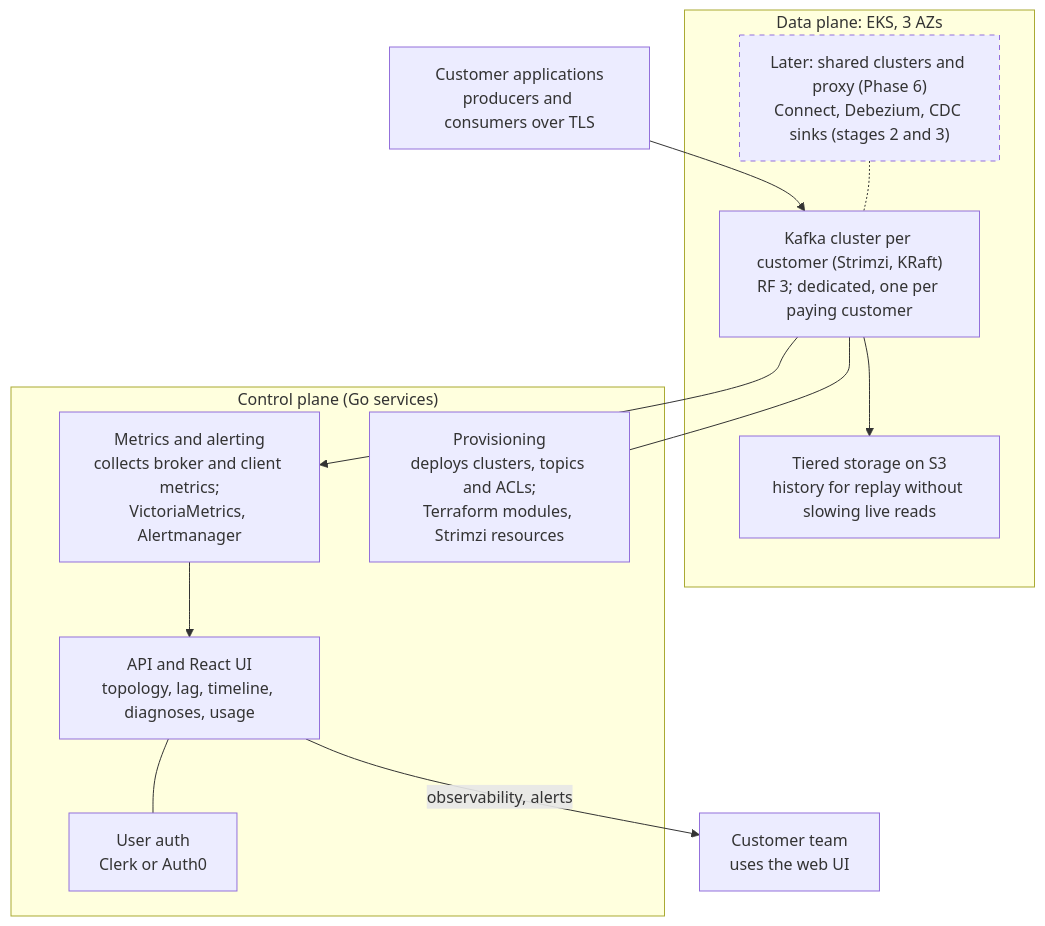
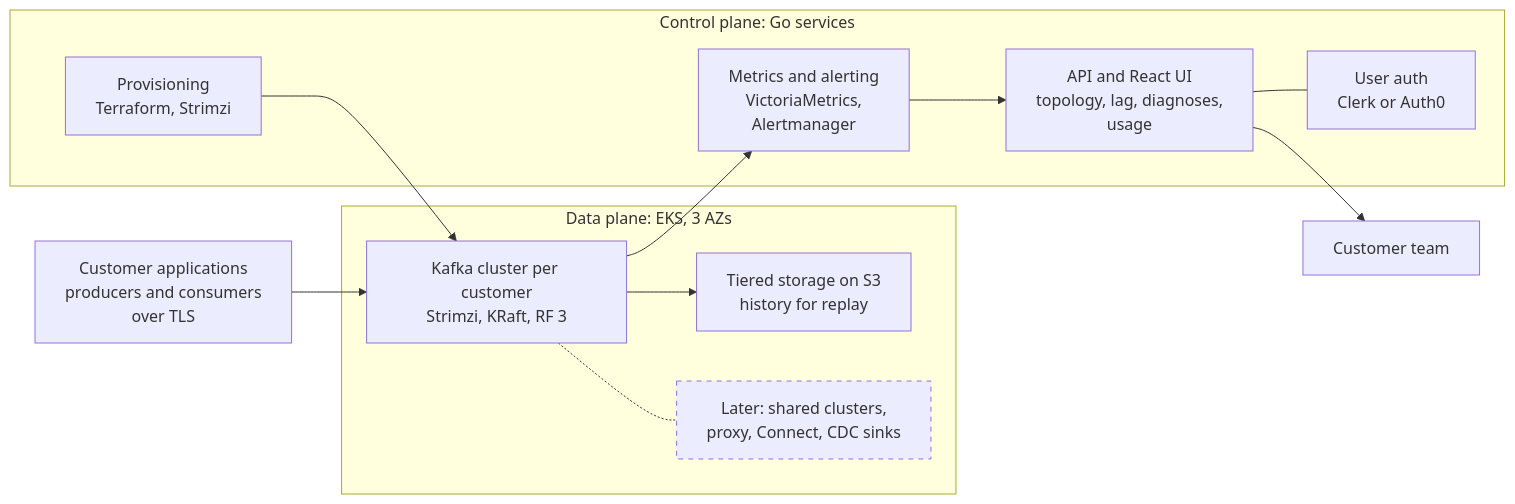
Before and after one commit to ReneP92/changeport: the first of 2 diagrams in docs/PROJECT_PLAN.md, drawn with Mermaid.

Commit message:
Lay out the architecture diagram left to right so edges avoid subgraph titles

````diff
--- a/docs/PROJECT_PLAN.md
+++ b/docs/PROJECT_PLAN.md
@@ -37,30 +37,30 @@
 ```mermaid
-flowchart TB
-  apps["Customer applications<br/>producers and consumers over TLS"]
+flowchart LR
+  apps["Customer applications<br/>producers and consumers<br/>over TLS"]
 
   subgraph DP["Data plane: EKS, 3 AZs"]
-    future["Later: shared clusters and proxy (Phase 6)<br/>Connect, Debezium, CDC sinks (stages 2 and 3)"]
-    kafka["Kafka cluster per customer (Strimzi, KRaft)<br/>RF 3; dedicated, one per paying customer"]
-    s3["Tiered storage on S3<br/>history for replay without slowing live reads"]
+    kafka["Kafka cluster per customer<br/>Strimzi, KRaft, RF 3"]
+    s3["Tiered storage on S3<br/>history for replay"]
+    future["Later: shared clusters,<br/>proxy, Connect, CDC sinks"]
   end
 
-  subgraph CP["Control plane (Go services)"]
-    metrics["Metrics and alerting<br/>collects broker and client metrics;<br/>VictoriaMetrics, Alertmanager"]
-    prov["Provisioning<br/>deploys clusters, topics and ACLs;<br/>Terraform modules, Strimzi resources"]
-    api["API and React UI<br/>topology, lag, timeline, diagnoses, usage"]
+  subgraph CP["Control plane: Go services"]
+    prov["Provisioning<br/>Terraform, Strimzi"]
+    metrics["Metrics and alerting<br/>VictoriaMetrics,<br/>Alertmanager"]
+    api["API and React UI<br/>topology, lag, diagnoses,<br/>usage"]
     auth["User auth<br/>Clerk or Auth0"]
   end
 
-  team["Customer team<br/>uses the web UI"]
+  team["Customer team"]
 
   apps --> kafka
-  future -.- kafka
   kafka --> s3
+  kafka -.- future
   kafka --> metrics
-  kafka --- prov
+  prov --> kafka
   metrics --> api
   api --- auth
-  api -->|observability, alerts| team
+  api --> team
 
   style future stroke-dasharray: 5 5
 ```
````
